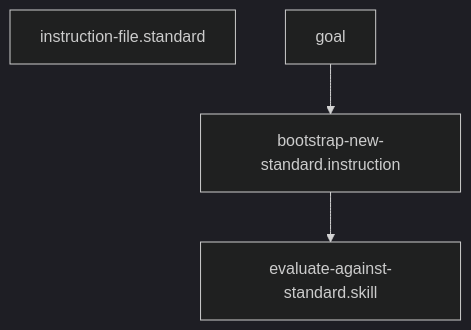
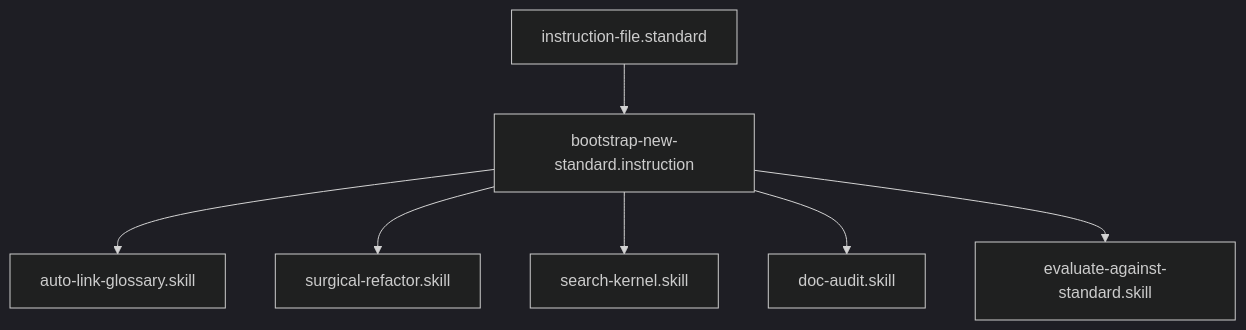
The diagram in instructions/bootstrap-new-standard.instruction.md (Gizmo4Life/ai-kernel), drawn with Mermaid (dark theme) before and after one commit. The commit also changed 89 other files, not shown here.

````diff
--- a/instructions/bootstrap-new-standard.instruction.md
+++ b/instructions/bootstrap-new-standard.instruction.md
@@ -28,6 +28,9 @@
 ```mermaid
 graph TD
-    instruction-file.standard
-goal --> bootstrap-new-standard.instruction
+    instruction-file.standard --> bootstrap-new-standard.instruction
+    bootstrap-new-standard.instruction --> auto-link-glossary[auto-link-glossary.skill]
+    bootstrap-new-standard.instruction --> surgical-refactor[surgical-refactor.skill]
+    bootstrap-new-standard.instruction --> search-kernel[search-kernel.skill]
+    bootstrap-new-standard.instruction --> doc-audit[doc-audit.skill]
     bootstrap-new-standard.instruction --> evaluate-against-standard[evaluate-against-standard.skill]
 ```
````
